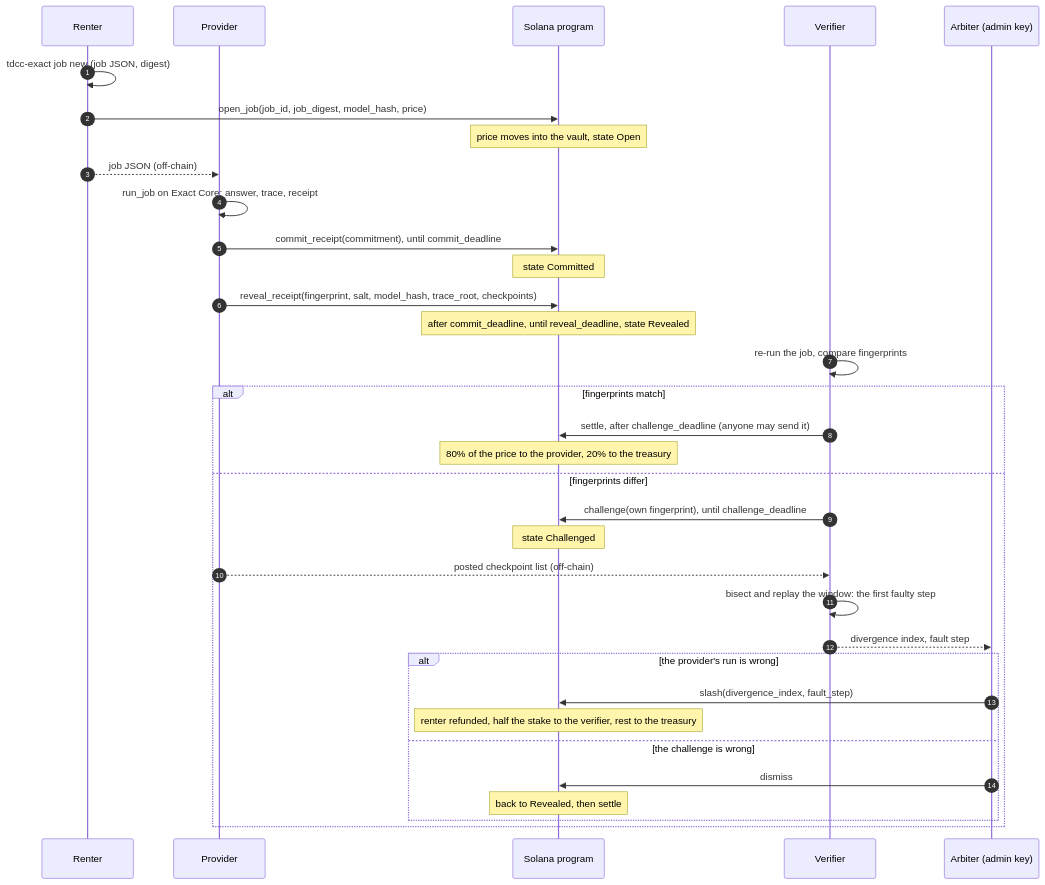
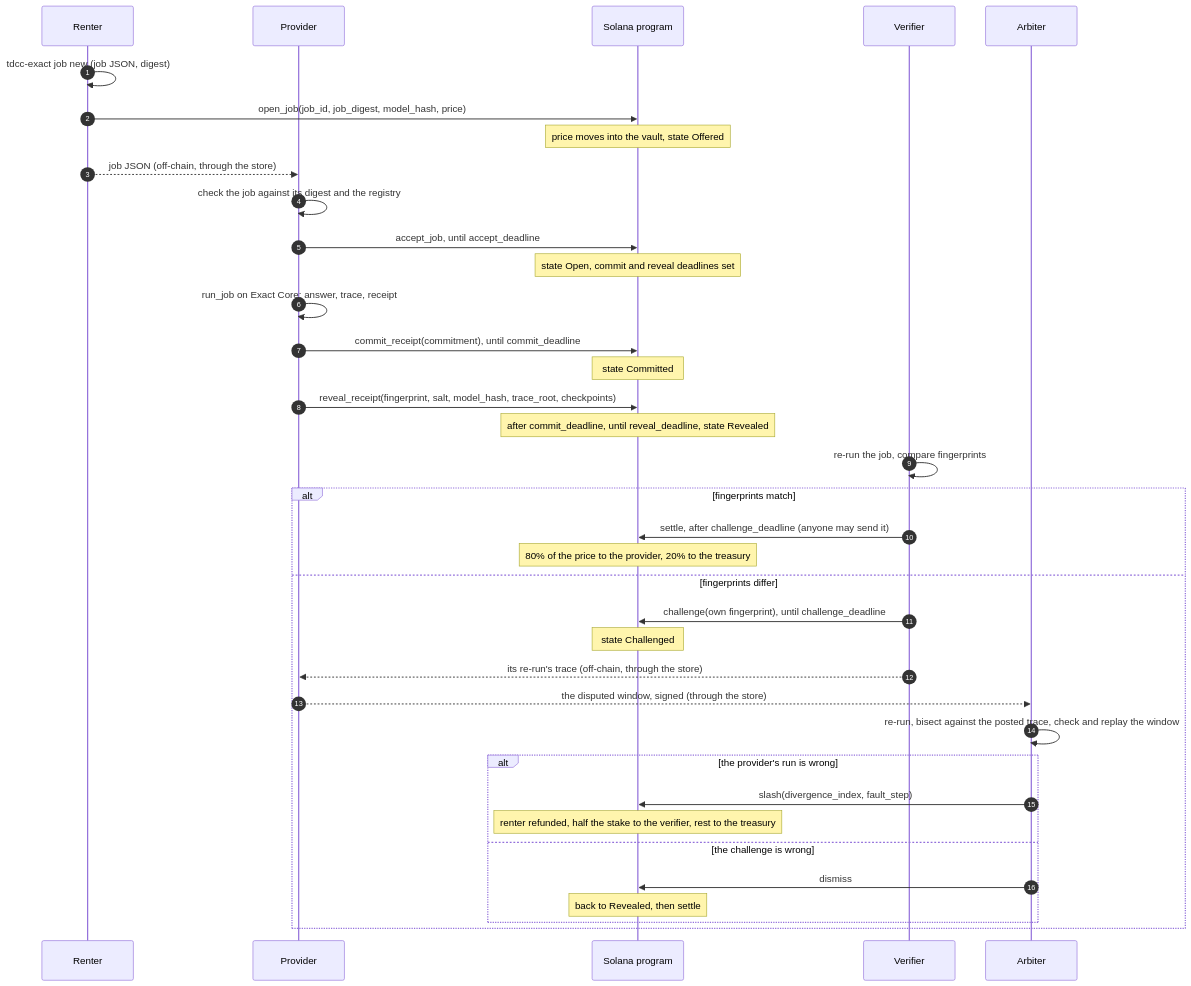
One commit to anilyagiz/tdcc-exact-core changed the first of 2 diagrams in docs/architecture.md. Above: the diagram before and after it, drawn with Mermaid. The commit also changed other lines of this file, not shown here.

First line of the commit message:
Docs, architecture.md: the Offered state, the nodes, links to the RTL and design docs

````diff
--- a/docs/architecture.md
+++ b/docs/architecture.md
@@ -43,37 +46,40 @@
 ```mermaid
 sequenceDiagram
     autonumber
     participant R as Renter
     participant P as Provider
     participant S as Solana program
     participant V as Verifier
-    participant A as Arbiter (admin key)
+    participant A as Arbiter
 
     R->>R: tdcc-exact job new (job JSON, digest)
     R->>S: open_job(job_id, job_digest, model_hash, price)
-    Note over S: price moves into the vault, state Open
-    R-->>P: job JSON (off-chain)
+    Note over S: price moves into the vault, state Offered
+    R-->>P: job JSON (off-chain, through the store)
+    P->>P: check the job against its digest and the registry
+    P->>S: accept_job, until accept_deadline
+    Note over S: state Open, commit and reveal deadlines set
     P->>P: run_job on Exact Core: answer, trace, receipt
     P->>S: commit_receipt(commitment), until commit_deadline
     Note over S: state Committed
     P->>S: reveal_receipt(fingerprint, salt, model_hash, trace_root, checkpoints)
     Note over S: after commit_deadline, until reveal_deadline, state Revealed
     V->>V: re-run the job, compare fingerprints
     alt fingerprints match
         V->>S: settle, after challenge_deadline (anyone may send it)
         Note over S: 80% of the price to the provider, 20% to the treasury
     else fingerprints differ
         V->>S: challenge(own fingerprint), until challenge_deadline
         Note over S: state Challenged
-        P-->>V: posted checkpoint list (off-chain)
-        V->>V: bisect and replay the window: the first faulty step
-        V-->>A: divergence index, fault step
+        V-->>P: its re-run's trace (off-chain, through the store)
+        P-->>A: the disputed window, signed (through the store)
+        A->>A: re-run, bisect against the posted trace, check and replay the window
         alt the provider's run is wrong
             A->>S: slash(divergence_index, fault_step)
             Note over S: renter refunded, half the stake to the verifier, rest to the treasury
         else the challenge is wrong
             A->>S: dismiss
             Note over S: back to Revealed, then settle
         end
     end
 ```
````
